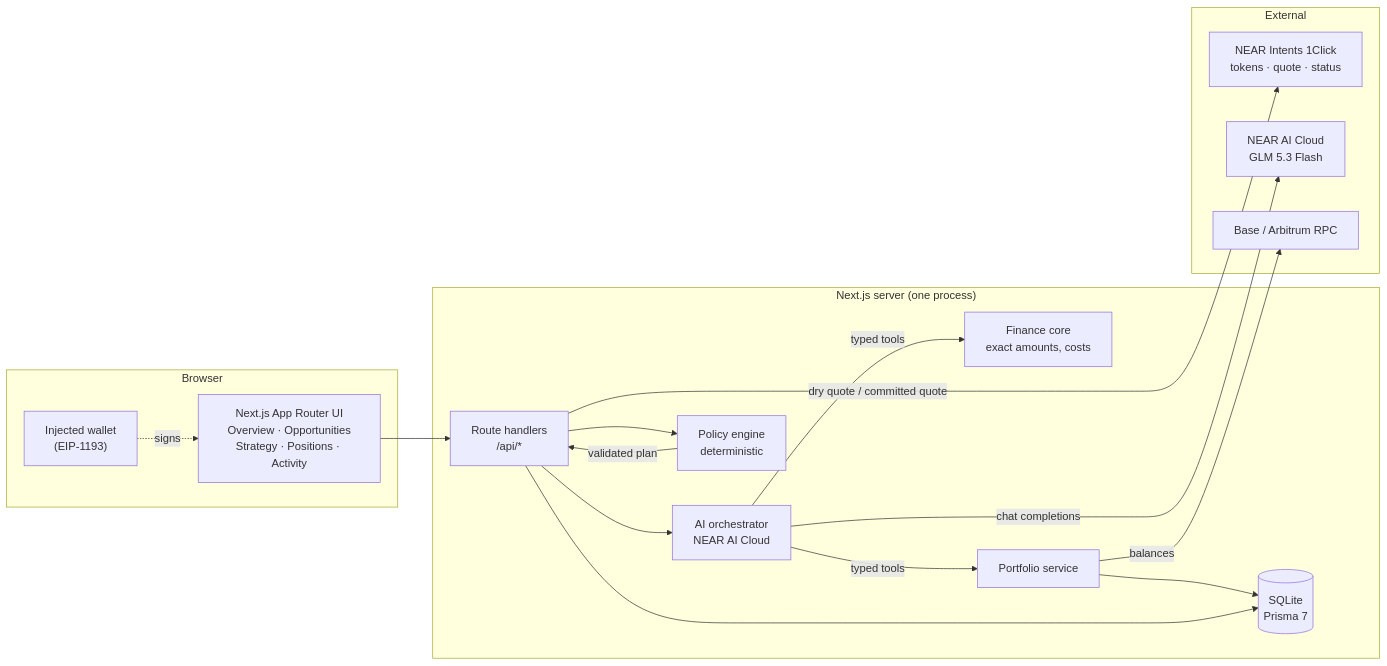
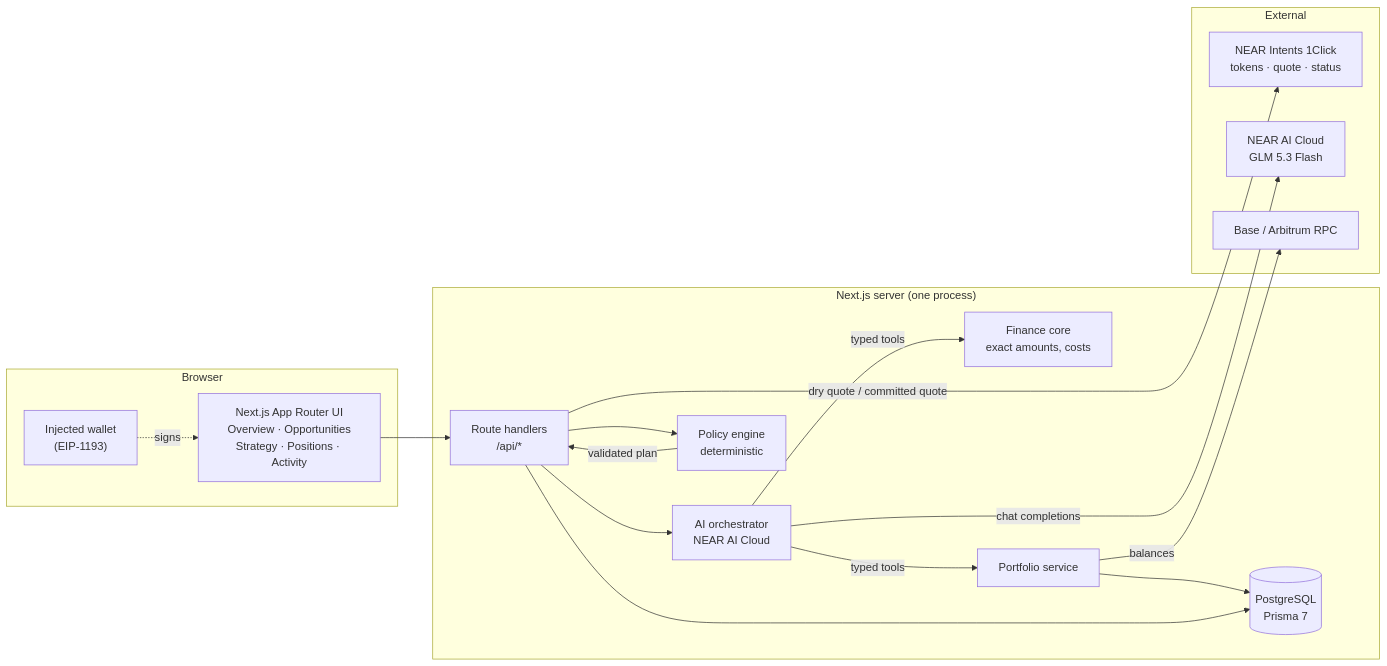
Before and after one commit to xcjohnmark/multicapita: the diagram in README.md, drawn with Mermaid. The commit also changed other lines of this file and 26 other files, not shown here.

````diff
--- a/README.md
+++ b/README.md
@@ -44,35 +44,35 @@
 ```mermaid
 flowchart LR
   subgraph Browser
     UI["Next.js App Router UI<br/>Overview · Opportunities<br/>Strategy · Positions · Activity"]
     W["Injected wallet<br/>(EIP-1193)"]
   end
 
   subgraph "Next.js server (one process)"
     API["Route handlers<br/>/api/*"]
     AI["AI orchestrator<br/>NEAR AI Cloud"]
     POL["Policy engine<br/>deterministic"]
     FIN["Finance core<br/>exact amounts, costs"]
     PORT["Portfolio service"]
-    DB[("SQLite<br/>Prisma 7")]
+    DB[("PostgreSQL<br/>Prisma 7")]
   end
 
   subgraph External
     OC["NEAR Intents 1Click<br/>tokens · quote · status"]
     NA["NEAR AI Cloud<br/>GLM 5.3 Flash"]
     RPC["Base / Arbitrum RPC"]
   end
 
   UI --> API
   W -.signs.-> UI
   API --> AI
   API --> POL
   AI -->|typed tools| PORT
   AI -->|typed tools| FIN
   POL -->|validated plan| API
   PORT --> DB
   API --> DB
   API -->|dry quote / committed quote| OC
   AI -->|chat completions| NA
   PORT -->|balances| RPC
 ```
````
